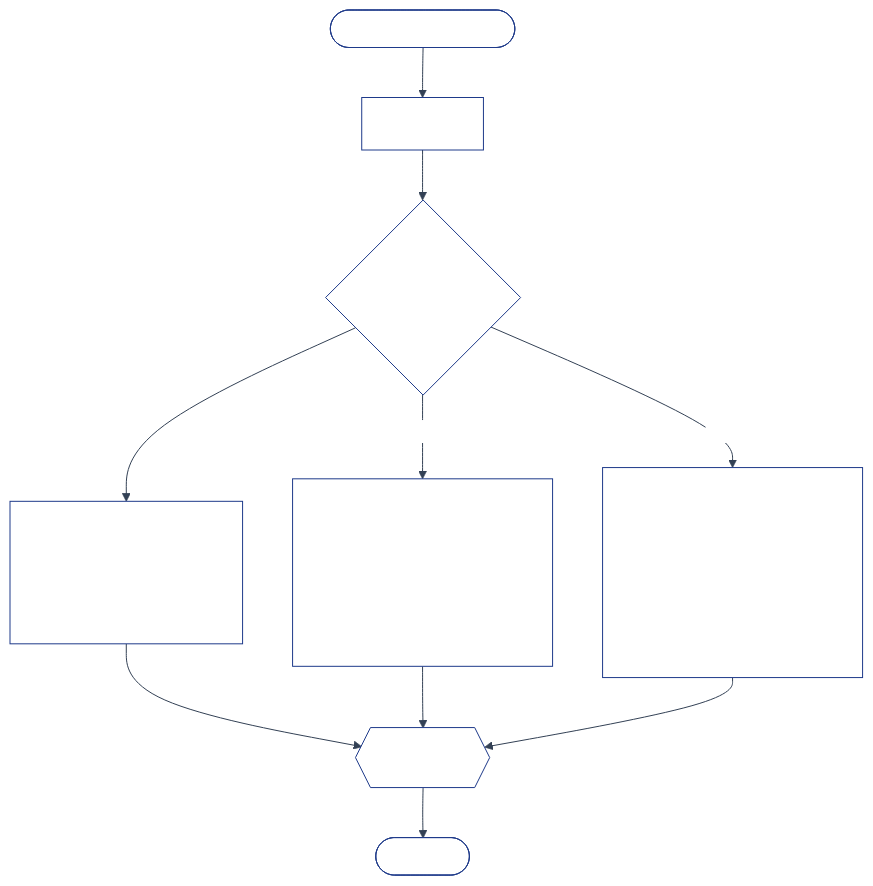
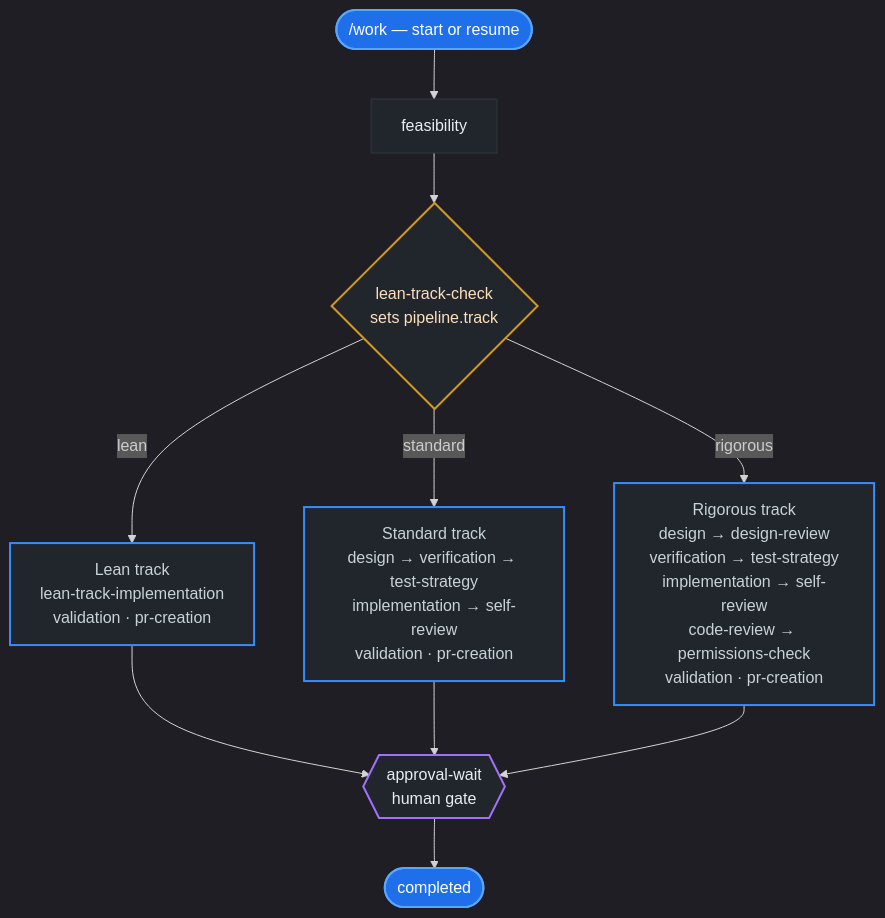
One commit to surajSFDC/agentic-swe changed the first of 3 diagrams in README.md. Above: the diagram before and after it, drawn with Mermaid. The commit also changed other lines of this file, not shown here.

First line of the commit message:
Fix README Mermaid contrast for GitHub dark theme

````diff
--- a/README.md
+++ b/README.md
@@ -24,18 +24,33 @@
 ```mermaid
-%%{init: {'theme': 'base', 'themeVariables': {'fontFamily': 'system-ui, Segoe UI, Roboto, Helvetica, Arial, sans-serif', 'fontSize': '15px', 'primaryColor': '#1d4ed8', 'primaryTextColor': '#ffffff', 'primaryBorderColor': '#1e3a8a', 'secondaryColor': '#f1f5f9', 'secondaryTextColor': '#0f172a', 'secondaryBorderColor': '#64748b', 'tertiaryColor': '#fef3c7', 'tertiaryTextColor': '#422006', 'tertiaryBorderColor': '#b45309', 'lineColor': '#334155', 'textColor': '#0f172a', 'mainBkg': '#ffffff', 'clusterBkg': '#f8fafc', 'clusterBorder': '#94a3b8', 'titleColor': '#0f172a', 'edgeLabelBackground': '#ffffff'}}}%%
+%%{init: {'theme': 'dark', 'fontFamily': 'ui-sans-serif, system-ui, -apple-system, Segoe UI, sans-serif'}}%%
 flowchart TD
     start(["/work — start or resume"])
-    start --> feasibility["feasibility"]
+    feasibility["feasibility"]
+    check{"lean-track-check<br/>sets pipeline.track"}
+    lean["Lean track<br/>lean-track-implementation<br/>validation · pr-creation"]
+    std["Standard track<br/>design → verification → test-strategy<br/>implementation → self-review<br/>validation · pr-creation"]
+    rig["Rigorous track<br/>design → design-review<br/>verification → test-strategy<br/>implementation → self-review<br/>code-review → permissions-check<br/>validation · pr-creation"]
+    gate{{"approval-wait<br/>human gate"}}
+    done(["completed"])
 
-    feasibility --> check{"lean-track-check<br/>sets pipeline.track"}
-
-    check -->|"lean"| lean["Lean track<br/>────────────<br/>lean-track-implementation<br/>validation<br/>pr-creation"]
-    check -->|"standard"| std["Standard track<br/>────────────<br/>design → verification<br/>test-strategy → implementation<br/>self-review → validation<br/>pr-creation"]
-    check -->|"rigorous"| rig["Rigorous track<br/>────────────<br/>design → design-review<br/>verification → test-strategy<br/>implementation → self-review<br/>code-review → permissions-check<br/>validation → pr-creation"]
-
-    lean --> gate{{"approval-wait<br/>human gate"}}
+    start --> feasibility --> check
+    check -->|lean| lean
+    check -->|standard| std
+    check -->|rigorous| rig
+    lean --> gate
     std --> gate
     rig --> gate
+    gate --> done
 
-    gate --> done(["completed"])
+    classDef accent fill:#1f6feb,stroke:#58a6ff,color:#ffffff,stroke-width:2px
+    classDef step fill:#21262d,stroke:#30363d,color:#e6edf3,stroke-width:1px
+    classDef branch fill:#21262d,stroke:#388bfd,color:#c9d1d9,stroke-width:2px
+    classDef decide fill:#21262d,stroke:#d29922,color:#ffdfb8,stroke-width:2px
+    classDef gateNode fill:#21262d,stroke:#a371f7,color:#e6edf3,stroke-width:2px
+
+    class start,done accent
+    class feasibility step
+    class check decide
+    class lean,std,rig branch
+    class gate gateNode
 ```
````
